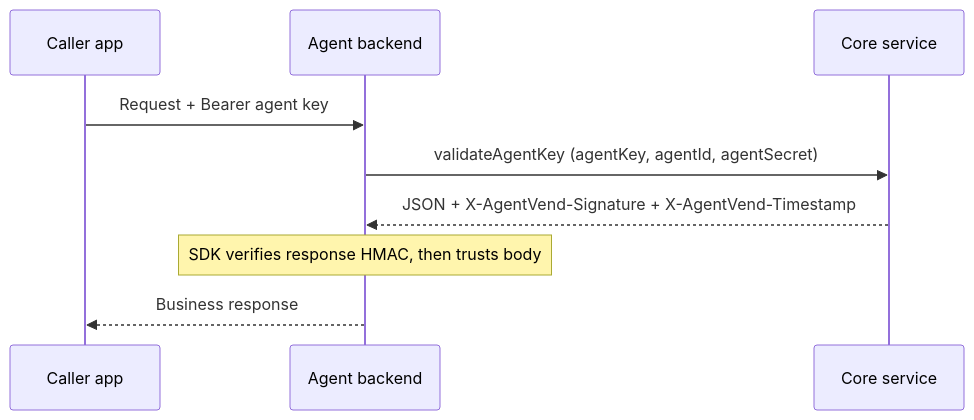
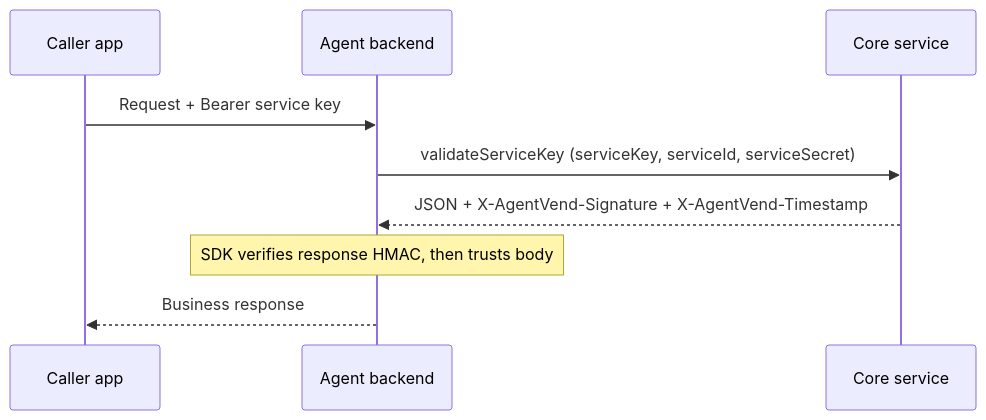
Before and after one commit to tollara/tollara-sdk: the sixth of 8 diagrams in docs/sdk-callers-and-backends.md, drawn with Mermaid. The commit also changed other lines of this file and 97 other files, not shown here.

Commit message:
Terminology update for AgentVend Service SDK

````diff
--- a/docs/sdk-callers-and-backends.md
+++ b/docs/sdk-callers-and-backends.md
@@ -164,12 +164,12 @@
 ```mermaid
 sequenceDiagram
   participant Caller as Caller app
   participant Agent as Agent backend
   participant CORE as Core service
 
-  Caller->>Agent: Request + Bearer agent key
-  Agent->>CORE: validateAgentKey (agentKey, agentId, agentSecret)
+  Caller->>Agent: Request + Bearer service key
+  Agent->>CORE: validateServiceKey (serviceKey, serviceId, serviceSecret)
   CORE-->>Agent: JSON + X-AgentVend-Signature + X-AgentVend-Timestamp
   Note over Agent: SDK verifies response HMAC, then trusts body
   Agent-->>Caller: Business response
 ```
````
